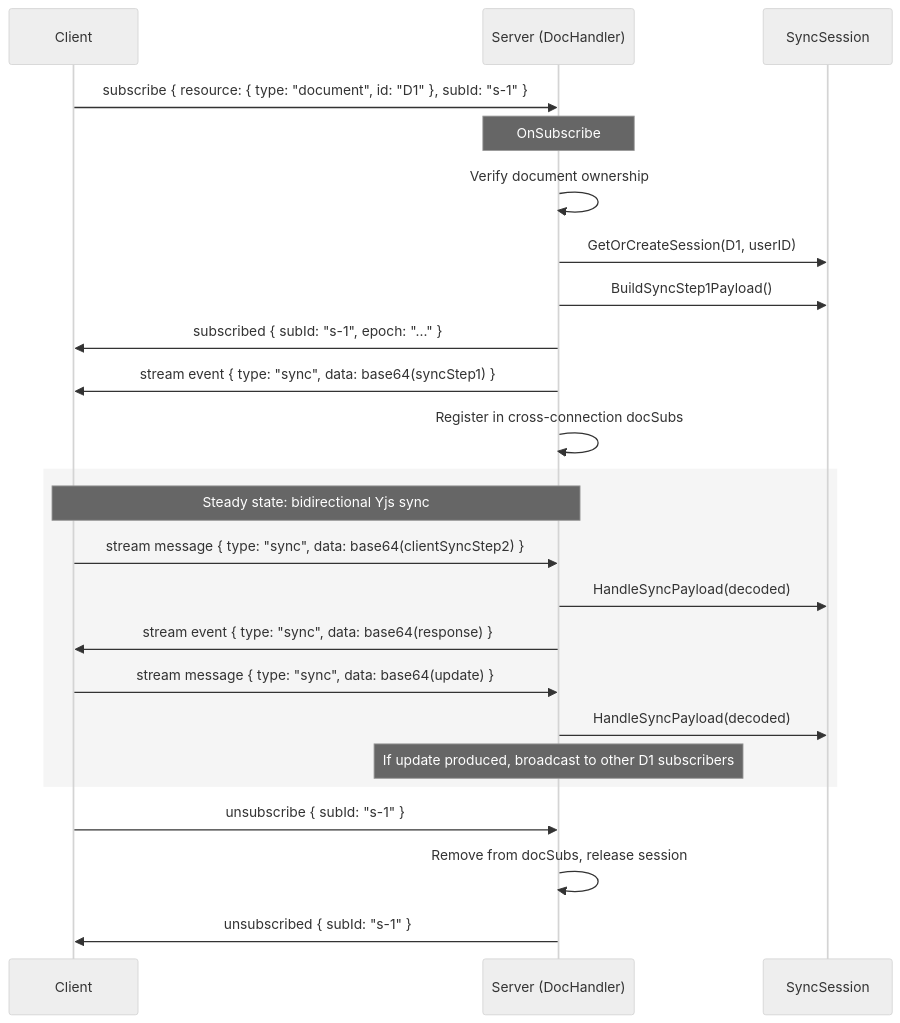
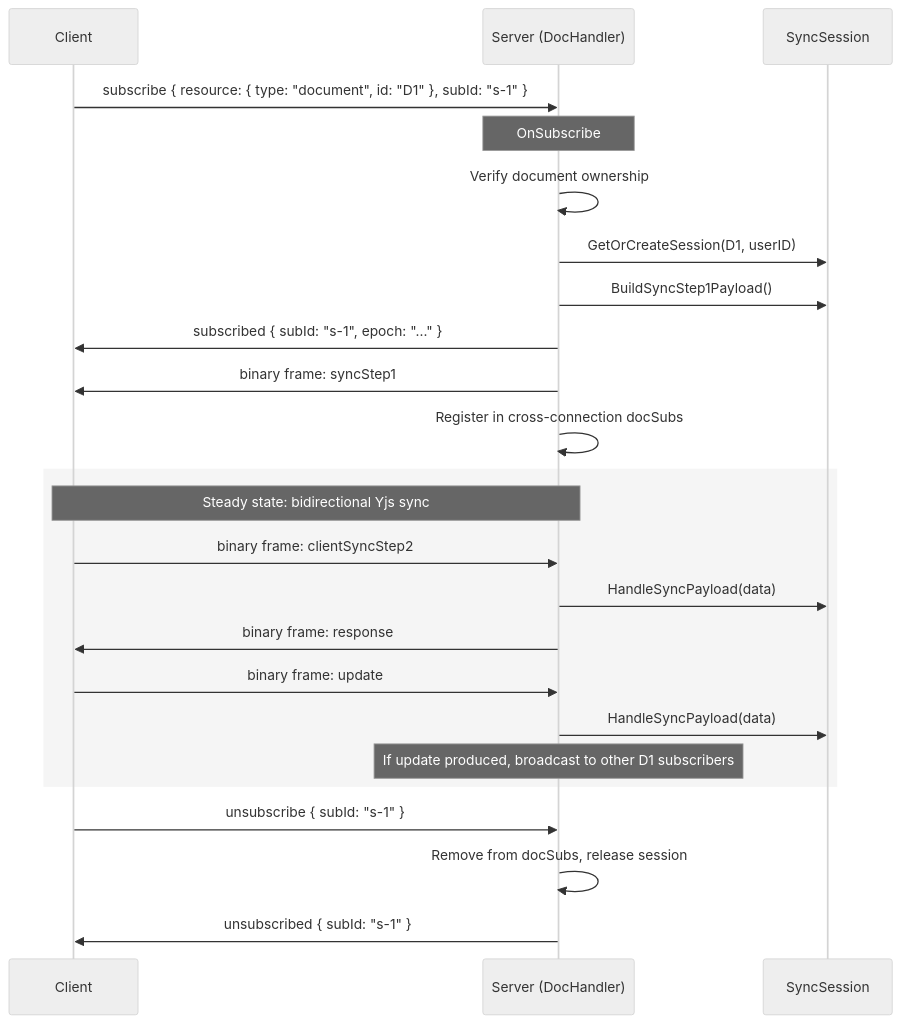
The second of 2 diagrams in .meridian/work/websocket-streaming-migration/design/doc-ws.md (haowjy/meridian-flow), drawn with Mermaid (neutral theme) before and after one commit. The commit also changed other lines of this file and 32 other files, not shown here.

````diff
--- a/.meridian/work/websocket-streaming-migration/design/doc-ws.md
+++ b/.meridian/work/websocket-streaming-migration/design/doc-ws.md
@@ -188,32 +176,32 @@
 ```mermaid
 sequenceDiagram
   participant C as Client
   participant S as Server (DocHandler)
   participant Y as SyncSession
 
   C->>S: subscribe { resource: { type: "document", id: "D1" }, subId: "s-1" }
 
   Note over S: OnSubscribe
   S->>S: Verify document ownership
   S->>Y: GetOrCreateSession(D1, userID)
   S->>Y: BuildSyncStep1Payload()
 
   S->>C: subscribed { subId: "s-1", epoch: "..." }
-  S->>C: stream event { type: "sync", data: base64(syncStep1) }
+  S->>C: binary frame: syncStep1
   S->>S: Register in cross-connection docSubs
 
   rect rgba(128, 128, 128, 0.08)
     Note over C,S: Steady state: bidirectional Yjs sync
-    C->>S: stream message { type: "sync", data: base64(clientSyncStep2) }
-    S->>Y: HandleSyncPayload(decoded)
-    S->>C: stream event { type: "sync", data: base64(response) }
+    C->>S: binary frame: clientSyncStep2
+    S->>Y: HandleSyncPayload(data)
+    S->>C: binary frame: response
 
-    C->>S: stream message { type: "sync", data: base64(update) }
-    S->>Y: HandleSyncPayload(decoded)
+    C->>S: binary frame: update
+    S->>Y: HandleSyncPayload(data)
     Note over S: If update produced, broadcast to other D1 subscribers
   end
 
   C->>S: unsubscribe { subId: "s-1" }
   S->>S: Remove from docSubs, release session
   S->>C: unsubscribed { subId: "s-1" }
 ```
````
